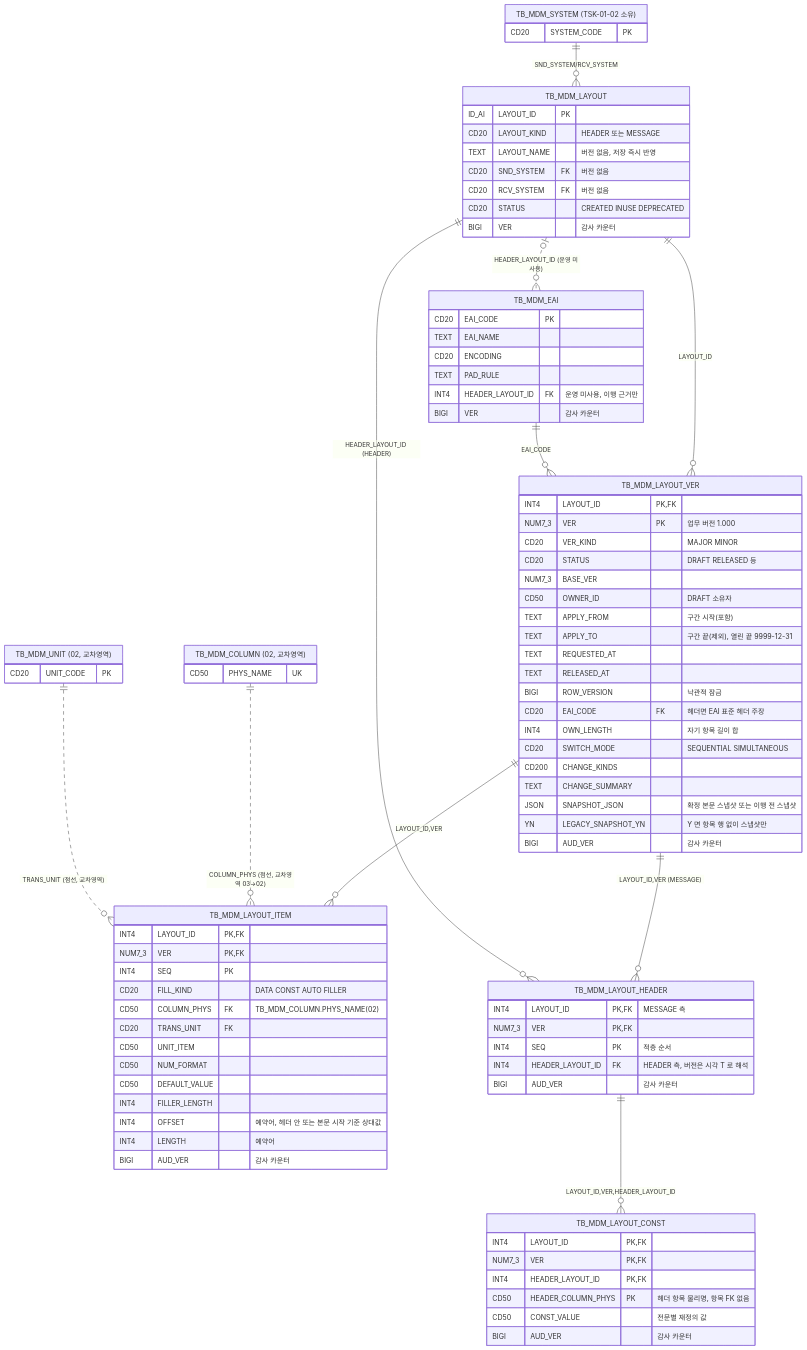
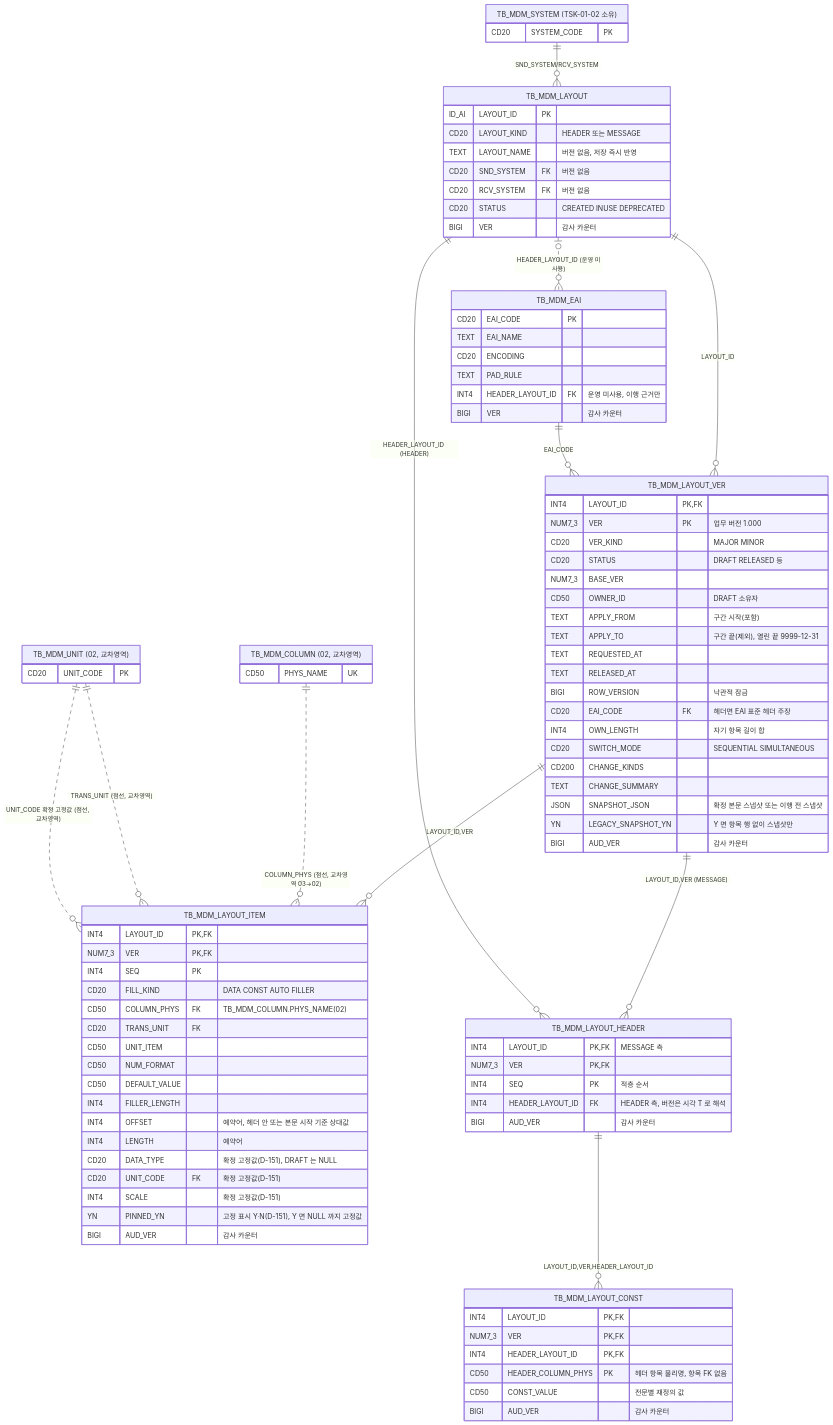
One commit to jongik-sv/dmes-standard changed the diagram in docs/mdm/erd/03-interface-layout.mmd. Above: the diagram before and after it, drawn with Mermaid. The commit also changed 32 other files, not shown here.

First line of the commit message:
feat(mdm): 레이아웃 버전 확정 때 컬럼 속성(dataType·unitCode·scale)을 항목 행에 고정한다 (feat/mdm-layout-pin-column-attrs, D-151)

```diff
--- a/docs/mdm/erd/03-interface-layout.mmd
+++ b/docs/mdm/erd/03-interface-layout.mmd
@@ -1,93 +1,98 @@
 %% 영역 03 (dmb) ERD — D-144 3단계(D-148) 이후 모양. 정본은 V21__layout_version.sql 의 ④ 새 표(03-interface-layout.sqlite.sql 과 같다).
 %% 부모 TB_MDM_LAYOUT 은 버전이 없는 칸만 두고, 형식·길이·항목·헤더 구성·상수 재정의는 버전 키 (LAYOUT_ID, VER) 아래로 들어간다.
 %% EAI_CODE 가 부모를 떠나 EAI ↔ 레이아웃 순환 FK 가 없어졌다. TB_MDM_EAI.HEADER_LAYOUT_ID 는 남아 있으나 운영이 읽지 않는다 —
 %% EAI 표준 헤더는 시각 T 에 RELEASED 인 헤더 버전 행의 EAI_CODE 로 해석한다. 버전 표 4개의 감사 카운터는 AUD_VER(업무 VER 와 구분).
 erDiagram
     TB_MDM_LAYOUT {
         ID_AI LAYOUT_ID PK
         CD20 LAYOUT_KIND "HEADER 또는 MESSAGE"
         TEXT LAYOUT_NAME "버전 없음, 저장 즉시 반영"
         CD20 SND_SYSTEM FK "버전 없음"
         CD20 RCV_SYSTEM FK "버전 없음"
         CD20 STATUS "CREATED INUSE DEPRECATED"
         BIGI VER "감사 카운터"
     }
     TB_MDM_EAI {
         CD20 EAI_CODE PK
         TEXT EAI_NAME
         CD20 ENCODING
         TEXT PAD_RULE
         INT4 HEADER_LAYOUT_ID FK "운영 미사용, 이행 근거만"
         BIGI VER "감사 카운터"
     }
     TB_MDM_LAYOUT_VER {
         INT4 LAYOUT_ID PK,FK
         NUM7_3 VER PK "업무 버전 1.000"
         CD20 VER_KIND "MAJOR MINOR"
         CD20 STATUS "DRAFT RELEASED 등"
         NUM7_3 BASE_VER
         CD50 OWNER_ID "DRAFT 소유자"
         TEXT APPLY_FROM "구간 시작(포함)"
         TEXT APPLY_TO "구간 끝(제외), 열린 끝 9999-12-31"
         TEXT REQUESTED_AT
         TEXT RELEASED_AT
         BIGI ROW_VERSION "낙관적 잠금"
         CD20 EAI_CODE FK "헤더면 EAI 표준 헤더 주장"
         INT4 OWN_LENGTH "자기 항목 길이 합"
         CD20 SWITCH_MODE "SEQUENTIAL SIMULTANEOUS"
         CD200 CHANGE_KINDS
         TEXT CHANGE_SUMMARY
         JSON SNAPSHOT_JSON "확정 본문 스냅샷 또는 이행 전 스냅샷"
         YN LEGACY_SNAPSHOT_YN "Y 면 항목 행 없이 스냅샷만"
         BIGI AUD_VER "감사 카운터"
     }
     TB_MDM_LAYOUT_ITEM {
         INT4 LAYOUT_ID PK,FK
         NUM7_3 VER PK,FK
         INT4 SEQ PK
         CD20 FILL_KIND "DATA CONST AUTO FILLER"
         CD50 COLUMN_PHYS FK "TB_MDM_COLUMN.PHYS_NAME(02)"
         CD20 TRANS_UNIT FK
         CD50 UNIT_ITEM
         CD50 NUM_FORMAT
         CD50 DEFAULT_VALUE
         INT4 FILLER_LENGTH
         INT4 OFFSET "예약어, 헤더 안 또는 본문 시작 기준 상대값"
         INT4 LENGTH "예약어"
+        CD20 DATA_TYPE "확정 고정값(D-151), DRAFT 는 NULL"
+        CD20 UNIT_CODE FK "확정 고정값(D-151)"
+        INT4 SCALE "확정 고정값(D-151)"
+        YN PINNED_YN "고정 표시 Y·N(D-151), Y 면 NULL 까지 고정값"
         BIGI AUD_VER "감사 카운터"
     }
     TB_MDM_LAYOUT_HEADER {
         INT4 LAYOUT_ID PK,FK "MESSAGE 측"
         NUM7_3 VER PK,FK
         INT4 SEQ PK "적층 순서"
         INT4 HEADER_LAYOUT_ID FK "HEADER 측, 버전은 시각 T 로 해석"
         BIGI AUD_VER "감사 카운터"
     }
     TB_MDM_LAYOUT_CONST {
         INT4 LAYOUT_ID PK,FK
         NUM7_3 VER PK,FK
         INT4 HEADER_LAYOUT_ID PK,FK
         CD50 HEADER_COLUMN_PHYS PK "헤더 항목 물리명, 항목 FK 없음"
         CD50 CONST_VALUE "전문별 재정의 값"
         BIGI AUD_VER "감사 카운터"
     }
     TB_MDM_SYSTEM["TB_MDM_SYSTEM (TSK-01-02 소유)"] {
         CD20 SYSTEM_CODE PK
     }
     TB_MDM_COLUMN["TB_MDM_COLUMN (02, 교차영역)"] {
         CD50 PHYS_NAME UK
     }
     TB_MDM_UNIT["TB_MDM_UNIT (02, 교차영역)"] {
         CD20 UNIT_CODE PK
     }
 
     TB_MDM_SYSTEM ||--o{ TB_MDM_LAYOUT : "SND_SYSTEM/RCV_SYSTEM"
     TB_MDM_LAYOUT ||--o{ TB_MDM_LAYOUT_VER : "LAYOUT_ID"
     TB_MDM_EAI ||--o{ TB_MDM_LAYOUT_VER : "EAI_CODE"
     TB_MDM_LAYOUT |o..o{ TB_MDM_EAI : "HEADER_LAYOUT_ID (운영 미사용)"
     TB_MDM_LAYOUT_VER ||--o{ TB_MDM_LAYOUT_ITEM : "LAYOUT_ID,VER"
     TB_MDM_COLUMN ||..o{ TB_MDM_LAYOUT_ITEM : "COLUMN_PHYS (점선, 교차영역 03→02)"
     TB_MDM_UNIT ||..o{ TB_MDM_LAYOUT_ITEM : "TRANS_UNIT (점선, 교차영역)"
+    TB_MDM_UNIT ||..o{ TB_MDM_LAYOUT_ITEM : "UNIT_CODE 확정 고정값 (점선, 교차영역)"
     TB_MDM_LAYOUT_VER ||--o{ TB_MDM_LAYOUT_HEADER : "LAYOUT_ID,VER (MESSAGE)"
     TB_MDM_LAYOUT ||--o{ TB_MDM_LAYOUT_HEADER : "HEADER_LAYOUT_ID (HEADER)"
     TB_MDM_LAYOUT_HEADER ||--o{ TB_MDM_LAYOUT_CONST : "LAYOUT_ID,VER,HEADER_LAYOUT_ID"
```
